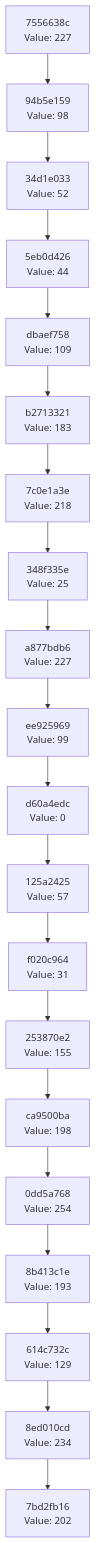
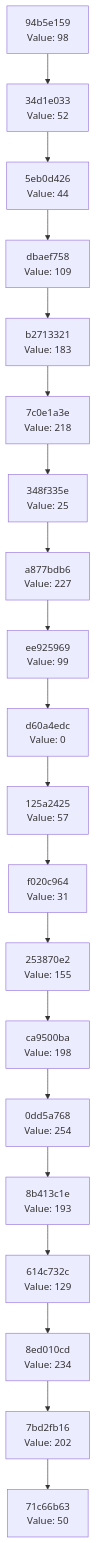
One commit to Abhisheksinha1506/hash-chain-evolver changed the diagram in docs/CHAIN_VISUALIZATION.md. Above: the diagram before and after it, drawn with Mermaid. The commit also changed 3 other files, not shown here.

````diff
--- a/docs/CHAIN_VISUALIZATION.md
+++ b/docs/CHAIN_VISUALIZATION.md
@@ -3,42 +3,42 @@
 ```mermaid
 graph TD
-    C0["7bd2fb16<br/>Value: 202"]
-    C1["8ed010cd<br/>Value: 234"]
+    C0["71c66b63<br/>Value: 50"]
+    C1["7bd2fb16<br/>Value: 202"]
     C1 --> C0
-    C2["614c732c<br/>Value: 129"]
+    C2["8ed010cd<br/>Value: 234"]
     C2 --> C1
-    C3["8b413c1e<br/>Value: 193"]
+    C3["614c732c<br/>Value: 129"]
     C3 --> C2
-    C4["0dd5a768<br/>Value: 254"]
+    C4["8b413c1e<br/>Value: 193"]
     C4 --> C3
-    C5["ca9500ba<br/>Value: 198"]
+    C5["0dd5a768<br/>Value: 254"]
     C5 --> C4
-    C6["253870e2<br/>Value: 155"]
+    C6["ca9500ba<br/>Value: 198"]
     C6 --> C5
-    C7["f020c964<br/>Value: 31"]
+    C7["253870e2<br/>Value: 155"]
     C7 --> C6
-    C8["125a2425<br/>Value: 57"]
+    C8["f020c964<br/>Value: 31"]
     C8 --> C7
-    C9["d60a4edc<br/>Value: 0"]
+    C9["125a2425<br/>Value: 57"]
     C9 --> C8
-    C10["ee925969<br/>Value: 99"]
+    C10["d60a4edc<br/>Value: 0"]
     C10 --> C9
-    C11["a877bdb6<br/>Value: 227"]
+    C11["ee925969<br/>Value: 99"]
     C11 --> C10
-    C12["348f335e<br/>Value: 25"]
+    C12["a877bdb6<br/>Value: 227"]
     C12 --> C11
-    C13["7c0e1a3e<br/>Value: 218"]
+    C13["348f335e<br/>Value: 25"]
     C13 --> C12
-    C14["b2713321<br/>Value: 183"]
+    C14["7c0e1a3e<br/>Value: 218"]
     C14 --> C13
-    C15["dbaef758<br/>Value: 109"]
+    C15["b2713321<br/>Value: 183"]
     C15 --> C14
-    C16["5eb0d426<br/>Value: 44"]
+    C16["dbaef758<br/>Value: 109"]
     C16 --> C15
-    C17["34d1e033<br/>Value: 52"]
+    C17["5eb0d426<br/>Value: 44"]
     C17 --> C16
-    C18["94b5e159<br/>Value: 98"]
+    C18["34d1e033<br/>Value: 52"]
     C18 --> C17
-    C19["7556638c<br/>Value: 227"]
+    C19["94b5e159<br/>Value: 98"]
     C19 --> C18
 ```
````
